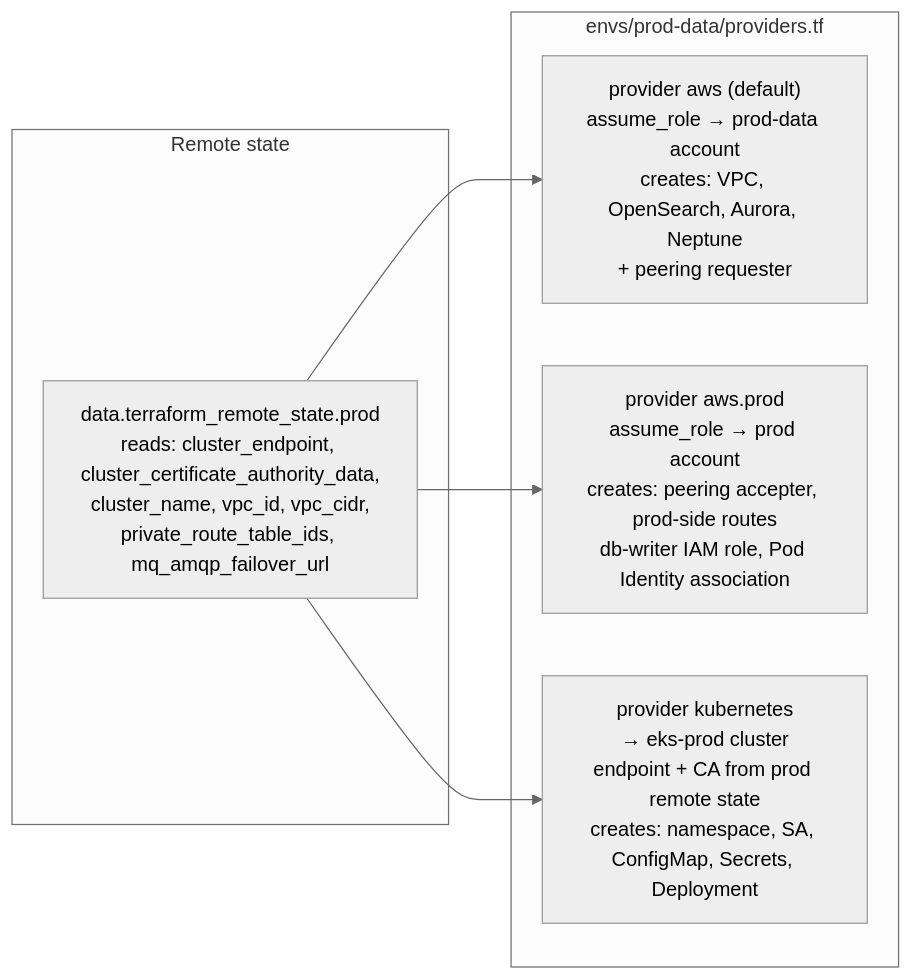
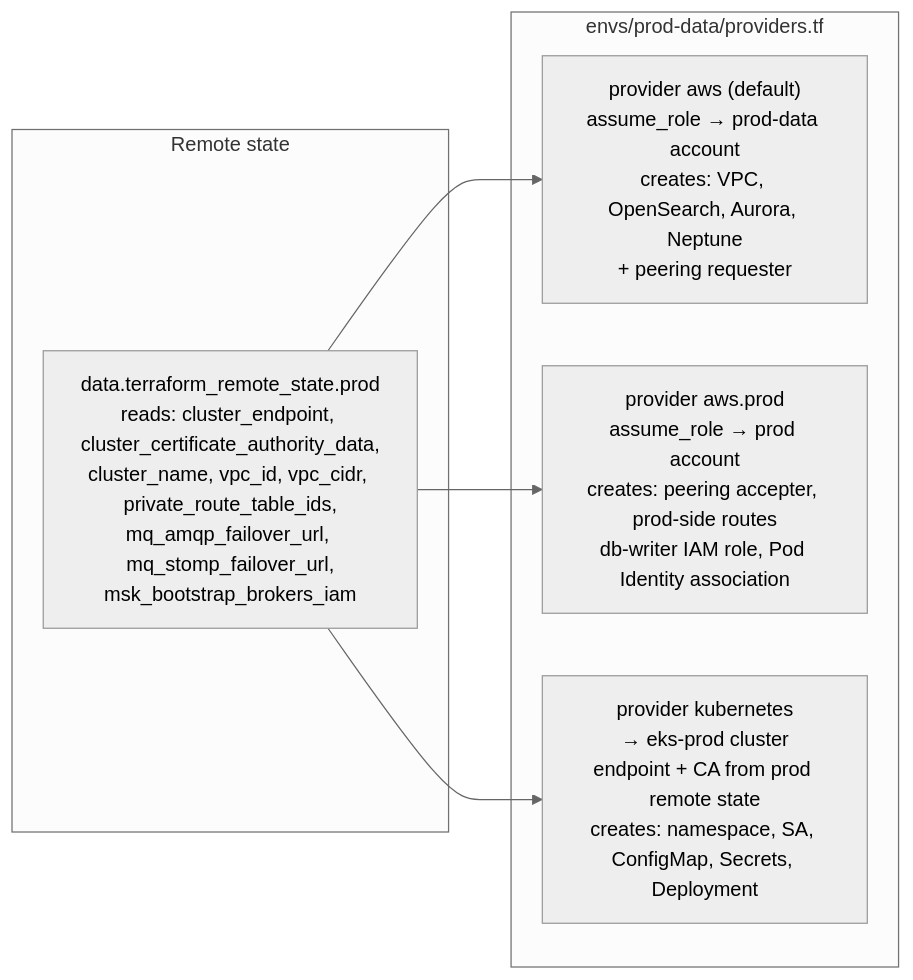
One commit to paragch/eks-hub-spoke changed diagram 12 of 14 in docs/low-level-design.md. Above: the diagram before and after it, drawn with Mermaid (neutral theme). The commit also changed other lines of this file and 16 other files, not shown here.

First line of the commit message:
feat: add HR seed data pipeline (EMR → MSK → MQ → OpenSearch/Aurora/Neptune)

````diff
--- a/docs/low-level-design.md
+++ b/docs/low-level-design.md
@@ -592,16 +615,16 @@
 ```mermaid
 graph LR
   subgraph providers["envs/prod-data/providers.tf"]
     P_DEFAULT["provider aws (default)<br/>assume_role → prod-data account<br/>creates: VPC, OpenSearch, Aurora, Neptune<br/>+ peering requester"]
     P_PROD["provider aws.prod<br/>assume_role → prod account<br/>creates: peering accepter, prod-side routes<br/>db-writer IAM role, Pod Identity association"]
     P_K8S["provider kubernetes<br/>→ eks-prod cluster<br/>endpoint + CA from prod remote state<br/>creates: namespace, SA, ConfigMap, Secrets, Deployment"]
   end
 
   subgraph state["Remote state"]
-    RS_PROD["data.terraform_remote_state.prod<br/>reads: cluster_endpoint, cluster_certificate_authority_data,<br/>cluster_name, vpc_id, vpc_cidr,<br/>private_route_table_ids, mq_amqp_failover_url"]
+    RS_PROD["data.terraform_remote_state.prod<br/>reads: cluster_endpoint, cluster_certificate_authority_data,<br/>cluster_name, vpc_id, vpc_cidr, private_route_table_ids,<br/>mq_amqp_failover_url, mq_stomp_failover_url,<br/>msk_bootstrap_brokers_iam"]
   end
 
   RS_PROD --> P_K8S
   RS_PROD --> P_PROD
   RS_PROD --> P_DEFAULT
 ```
````
